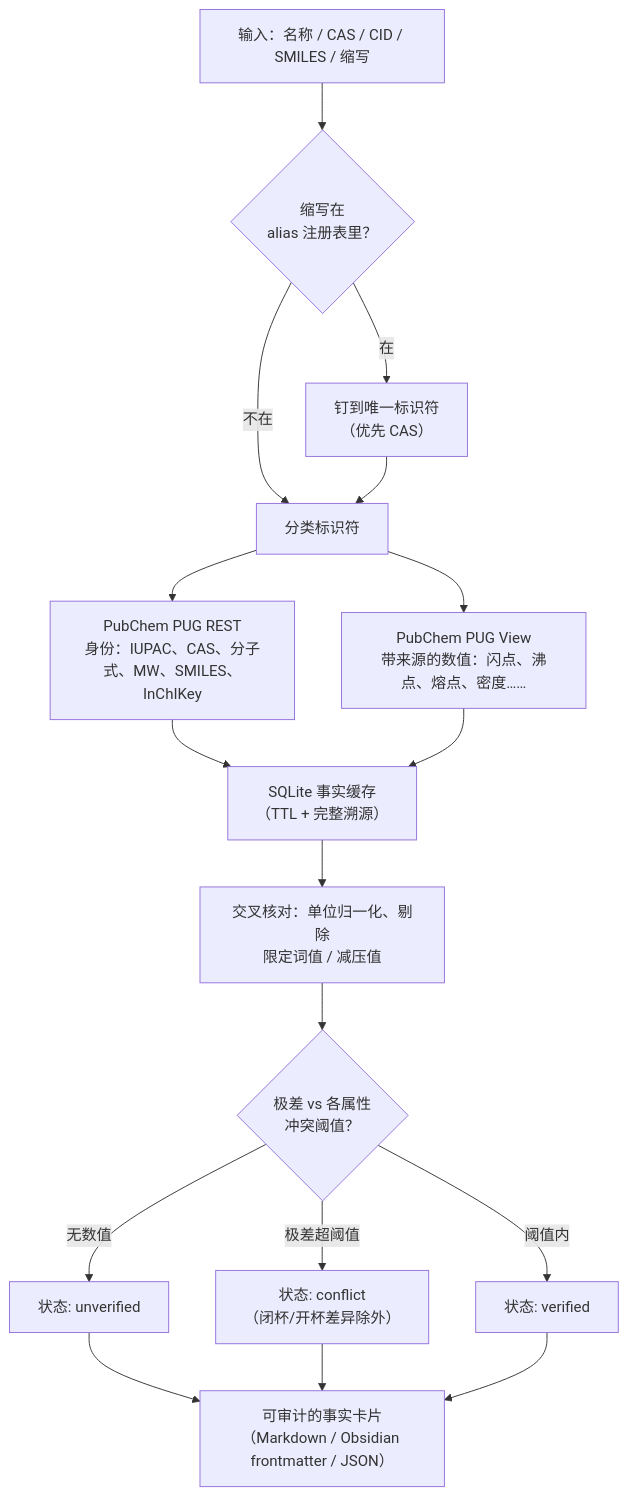
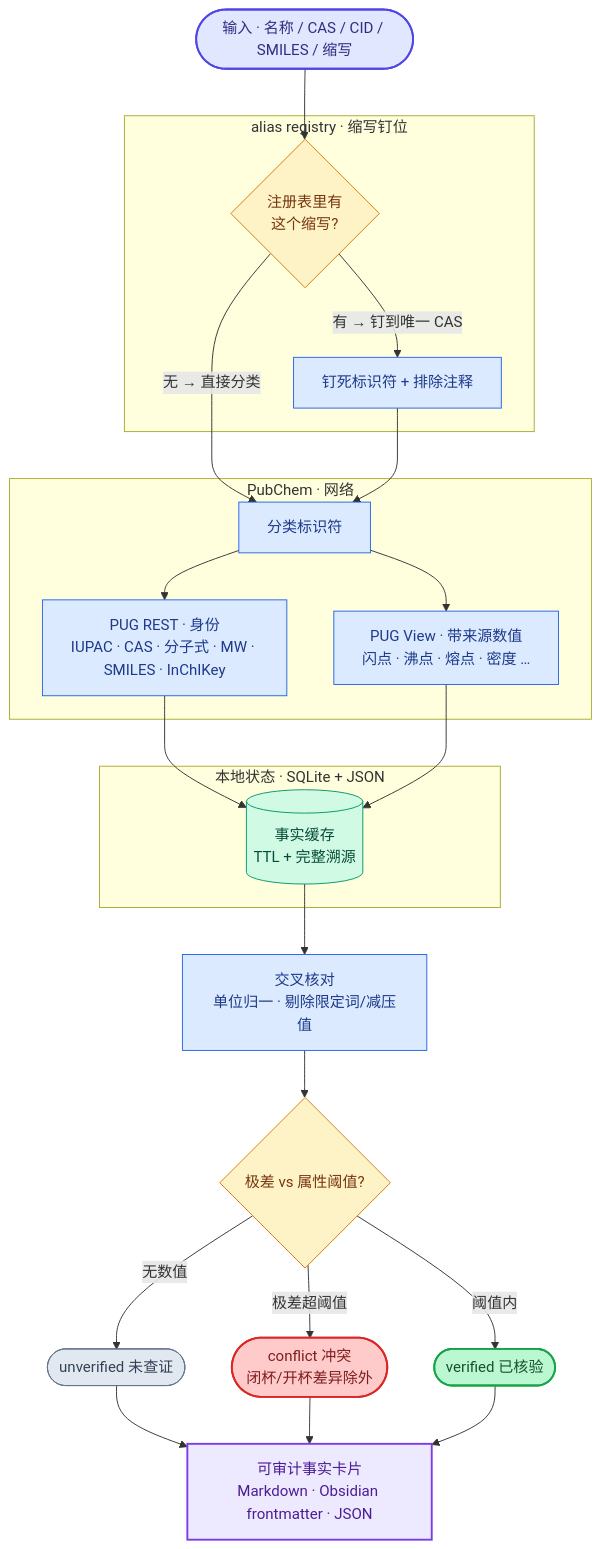
The first of 4 diagrams in README_zh.md (CL4Y68/chemfacts), drawn with Mermaid before and after one commit. The commit also changed other lines of this file and 1 other file, not shown here.

First line of the commit message:
beautify README diagrams: semantic color palette + node shapes + grouping

````diff
--- a/README_zh.md
+++ b/README_zh.md
@@ -29,19 +29,40 @@
 ```mermaid
 flowchart TD
-    A["输入：名称 / CAS / CID / SMILES / 缩写"] --> B{"缩写在<br/>alias 注册表里？"}
-    B -- 在 --> C["钉到唯一标识符<br/>（优先 CAS）"]
-    B -- 不在 --> D["分类标识符"]
+    A(["输入 · 名称 / CAS / CID / SMILES / 缩写"]):::io --> B
+
+    subgraph REG["alias registry · 缩写钉位"]
+        B{"注册表里有<br/>这个缩写?"}:::decide
+        B -- "有 → 钉到唯一 CAS" --> C["钉死标识符 + 排除注释"]:::proc
+    end
+    B -- "无 → 直接分类" --> D["分类标识符"]:::proc
     C --> D
-    D --> E["PubChem PUG REST<br/>身份：IUPAC、CAS、分子式、MW、SMILES、InChIKey"]
-    D --> F["PubChem PUG View<br/>带来源的数值：闪点、沸点、熔点、密度……"]
-    E --> G["SQLite 事实缓存<br/>（TTL + 完整溯源）"]
-    F --> G
-    G --> H["交叉核对：单位归一化、剔除<br/>限定词值 / 减压值"]
-    H --> I{"极差 vs 各属性<br/>冲突阈值？"}
-    I -- "无数值" --> J["状态: unverified"]
-    I -- "极差超阈值" --> K["状态: conflict<br/>（闭杯/开杯差异除外）"]
-    I -- "阈值内" --> L["状态: verified"]
-    J --> M["可审计的事实卡片<br/>（Markdown / Obsidian frontmatter / JSON）"]
+
+    subgraph PUB["PubChem · 网络"]
+        D --> E["PUG REST · 身份<br/>IUPAC · CAS · 分子式 · MW · SMILES · InChIKey"]:::proc
+        D --> F["PUG View · 带来源数值<br/>闪点 · 沸点 · 熔点 · 密度 …"]:::proc
+    end
+
+    subgraph LOCAL["本地状态 · SQLite + JSON"]
+        E --> G[("事实缓存<br/>TTL + 完整溯源")]:::store
+        F --> G
+    end
+
+    G --> H["交叉核对<br/>单位归一 · 剔除限定词/减压值"]:::proc
+    H --> I{"极差 vs 属性阈值?"}:::decide
+    I -- "无数值" --> J(["unverified 未查证"]):::plain
+    I -- "极差超阈值" --> K(["conflict 冲突<br/>闭杯/开杯差异除外"]):::warn
+    I -- "阈值内" --> L(["verified 已核验"]):::ok
+    J --> M["可审计事实卡片<br/>Markdown · Obsidian frontmatter · JSON"]:::card
     K --> M
     L --> M
+    classDef io      fill:#e0e7ff,stroke:#4f46e5,stroke-width:2px,color:#312e81
+    classDef proc    fill:#dbeafe,stroke:#2563eb,color:#1e3a8a
+    classDef decide  fill:#fef3c7,stroke:#d97706,color:#78350f
+    classDef store   fill:#d1fae5,stroke:#059669,color:#064e3b
+    classDef ok      fill:#bbf7d0,stroke:#16a34a,stroke-width:2px,color:#14532d
+    classDef warn    fill:#fecaca,stroke:#dc2626,stroke-width:2px,color:#7f1d1d
+    classDef plain   fill:#e2e8f0,stroke:#64748b,color:#334155
+    classDef card   fill:#ede9fe,stroke:#7c3aed,stroke-width:2px,color:#4c1d95
+    classDef mcp    fill:#cffafe,stroke:#0891b2,color:#164e63
+    classDef ext    fill:#f8fafc,stroke:#94a3b8,stroke-dasharray:5 4,color:#475569
 ```
````
